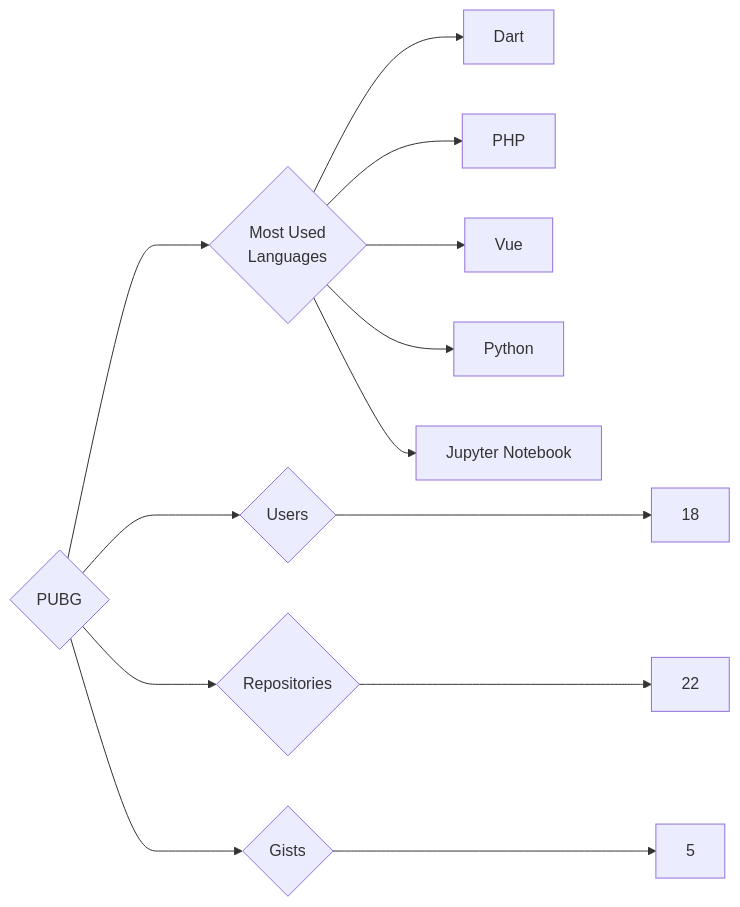
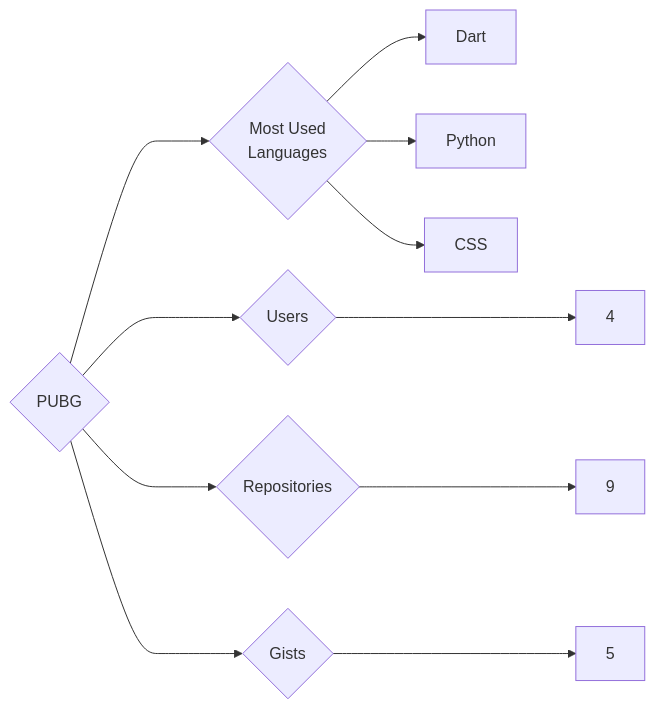
One commit to trickest/insiders changed the diagram in targets/PUBG/README.md. Above: the diagram before and after it, drawn with Mermaid. The commit also changed 898 other files, not shown here.

````diff
--- a/targets/PUBG/README.md
+++ b/targets/PUBG/README.md
@@ -3,13 +3,11 @@
 ```mermaid
 graph LR
 COMPANY_NAME{PUBG}
-COMPANY_NAME ---> U{Users} ---> UN[18]
-COMPANY_NAME ---> R{Repositories} ---> RN[22]
+COMPANY_NAME ---> U{Users} ---> UN[4]
+COMPANY_NAME ---> R{Repositories} ---> RN[9]
 COMPANY_NAME ---> G{Gists} ---> GN[5]
 COMPANY_NAME ---> ML{Most Used<br>Languages}
 ML --> Dart[Dart]
-ML --> PHP[PHP]
-ML --> Vue[Vue]
 ML --> Python[Python]
-ML --> Jupyter_Notebook[Jupyter Notebook]
+ML --> CSS[CSS]
 ```
````
